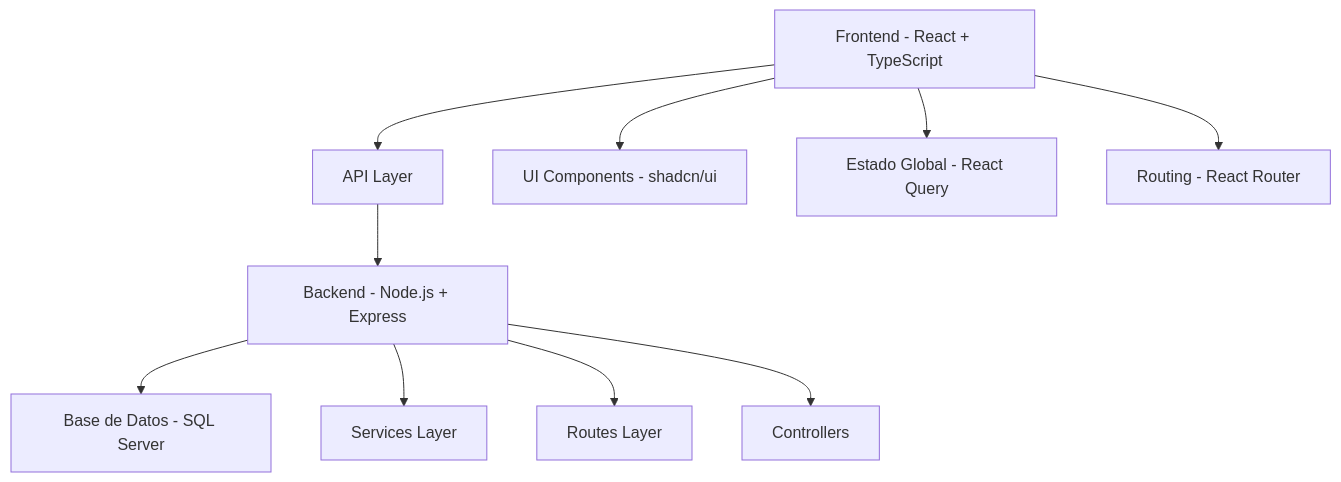
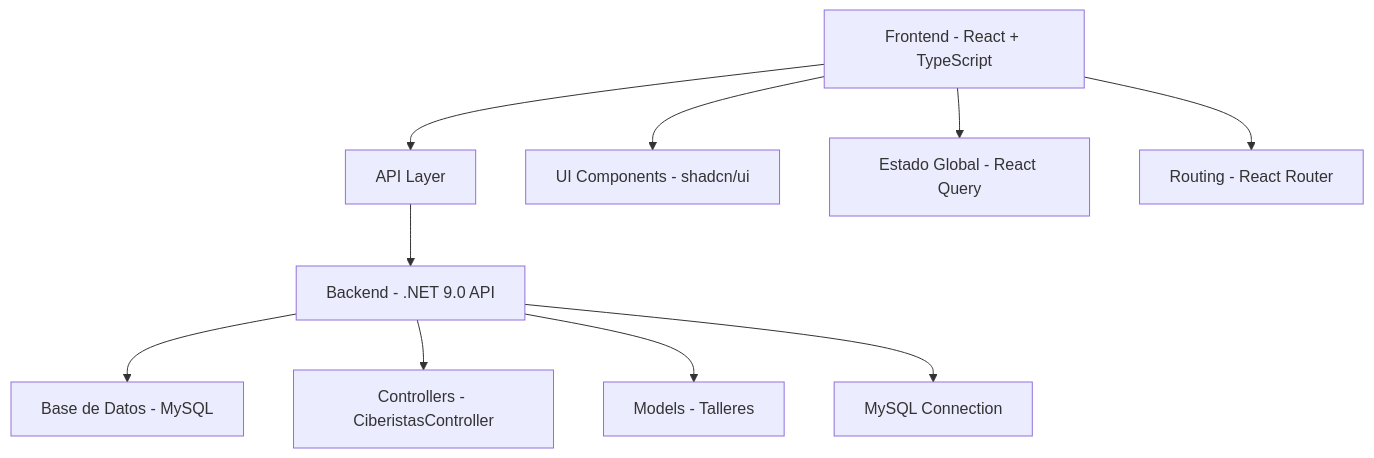
The diagram in README.md (HermannPR/ciberistas), drawn with Mermaid before and after one commit. The commit also changed other lines of this file and 5 other files, not shown here.

````diff
--- a/README.md
+++ b/README.md
@@ -50,14 +51,14 @@
 ```mermaid
 graph TB
     A[Frontend - React + TypeScript] --> B[API Layer]
-    B --> C[Backend - Node.js + Express]
-    C --> D[Base de Datos - SQL Server]
+    B --> C[Backend - .NET 9.0 API]
+    C --> D[Base de Datos - MySQL]
     
     A --> E[UI Components - shadcn/ui]
     A --> F[Estado Global - React Query]
     A --> G[Routing - React Router]
     
-    C --> H[Services Layer]
-    C --> I[Routes Layer]
-    C --> J[Controllers]
+    C --> H[Controllers - CiberistasController]
+    C --> I[Models - Talleres]
+    C --> J[MySQL Connection]
 ```
````
